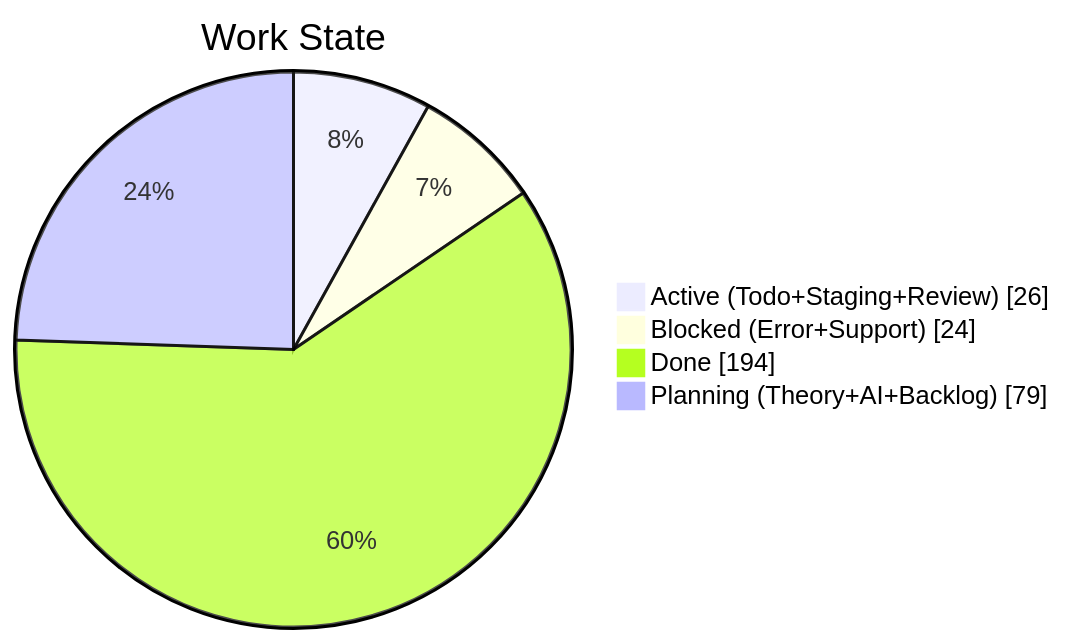
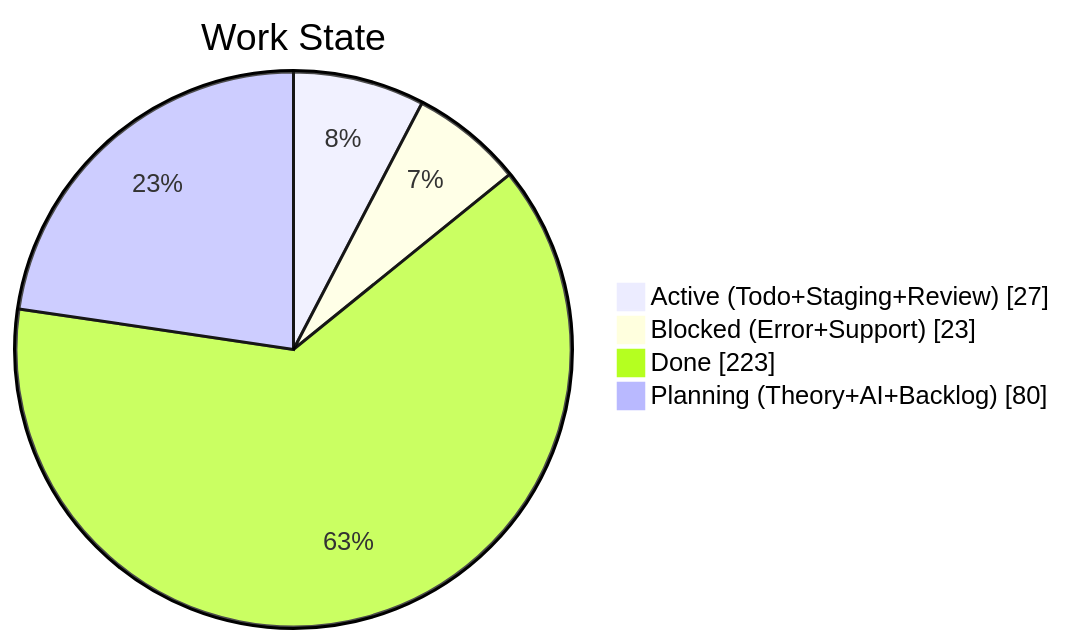
Before and after one commit to KBVE/kbve: the second of 4 diagrams in apps/kbve/astro-kbve/src/content/docs/dashboard/kanban-data.mdx, drawn with Mermaid. The commit also changed other lines of this file and 4 other files, not shown here.

````diff
--- a/apps/kbve/astro-kbve/src/content/docs/dashboard/kanban-data.mdx
+++ b/apps/kbve/astro-kbve/src/content/docs/dashboard/kanban-data.mdx
@@ -68,8 +68,8 @@
 ```mermaid
 pie showData
     title Work State
-    "Active (Todo+Staging+Review)" : 26
-    "Blocked (Error+Support)" : 24
-    "Done" : 194
-    "Planning (Theory+AI+Backlog)" : 79
+    "Active (Todo+Staging+Review)" : 27
+    "Blocked (Error+Support)" : 23
+    "Done" : 223
+    "Planning (Theory+AI+Backlog)" : 80
 ```
````
